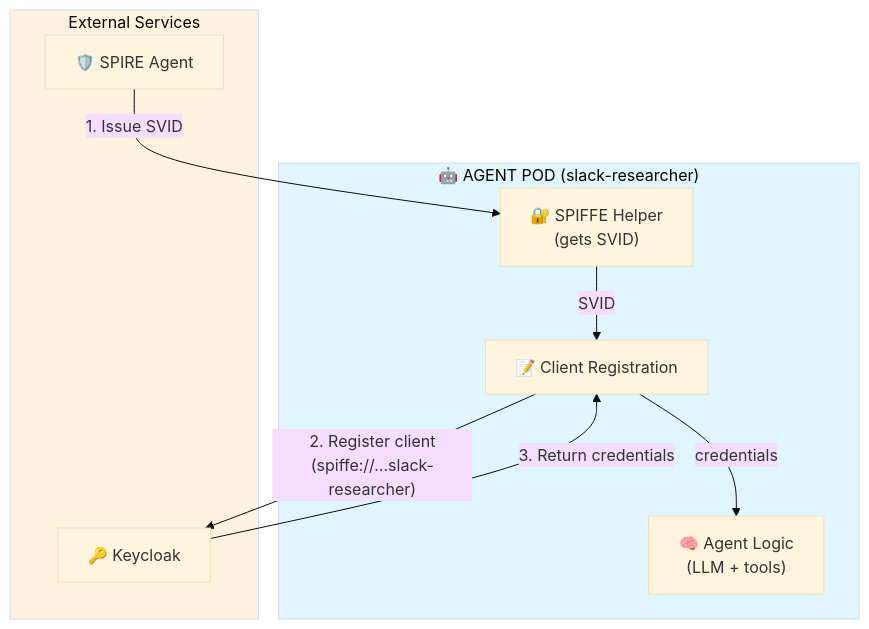
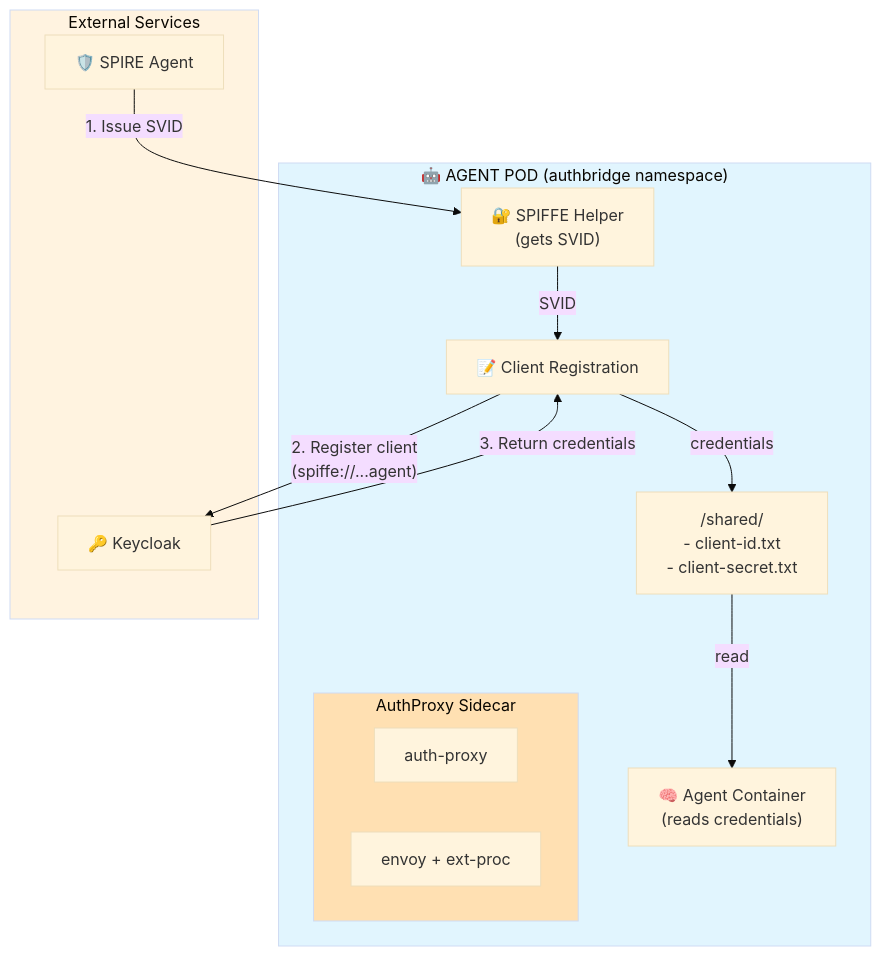
One commit to mrsabath/kagenti-extensions changed the fifth of 10 diagrams in AuthBridge/BLOG-agentic.md. Above: the diagram before and after it, drawn with Mermaid (base theme). The commit also changed other lines of this file, not shown here.

````diff
--- a/AuthBridge/BLOG-agentic.md
+++ b/AuthBridge/BLOG-agentic.md
@@ -320,23 +328,30 @@
 ```mermaid
 flowchart TB
-    subgraph AgentPod["🤖 AGENT POD (slack-researcher)"]
+    subgraph AgentPod["🤖 AGENT POD (authbridge namespace)"]
         Helper["🔐 SPIFFE Helper<br/>(gets SVID)"]
         Reg["📝 Client Registration"]
-        Agent["🧠 Agent Logic<br/>(LLM + tools)"]
+        Shared["/shared/<br/>- client-id.txt<br/>- client-secret.txt"]
+        Agent["🧠 Agent Container<br/>(reads credentials)"]
+        subgraph Sidecar["AuthProxy Sidecar"]
+            AuthProxy["auth-proxy"]
+            Envoy["envoy + ext-proc"]
+        end
         
         Helper -->|"SVID"| Reg
-        Reg -->|"credentials"| Agent
+        Reg -->|"credentials"| Shared
+        Shared -->|"read"| Agent
     end
     
     subgraph External["External Services"]
         SPIRE["🛡️ SPIRE Agent"]
         KC["🔑 Keycloak"]
     end
     
     SPIRE -->|"1. Issue SVID"| Helper
-    Reg -->|"2. Register client<br/>(spiffe://...slack-researcher)"| KC
+    Reg -->|"2. Register client<br/>(spiffe://...agent)"| KC
     KC -->|"3. Return credentials"| Reg
     
     style AgentPod fill:#e1f5fe
     style External fill:#fff3e0
+    style Sidecar fill:#ffe0b2
 ```
````
